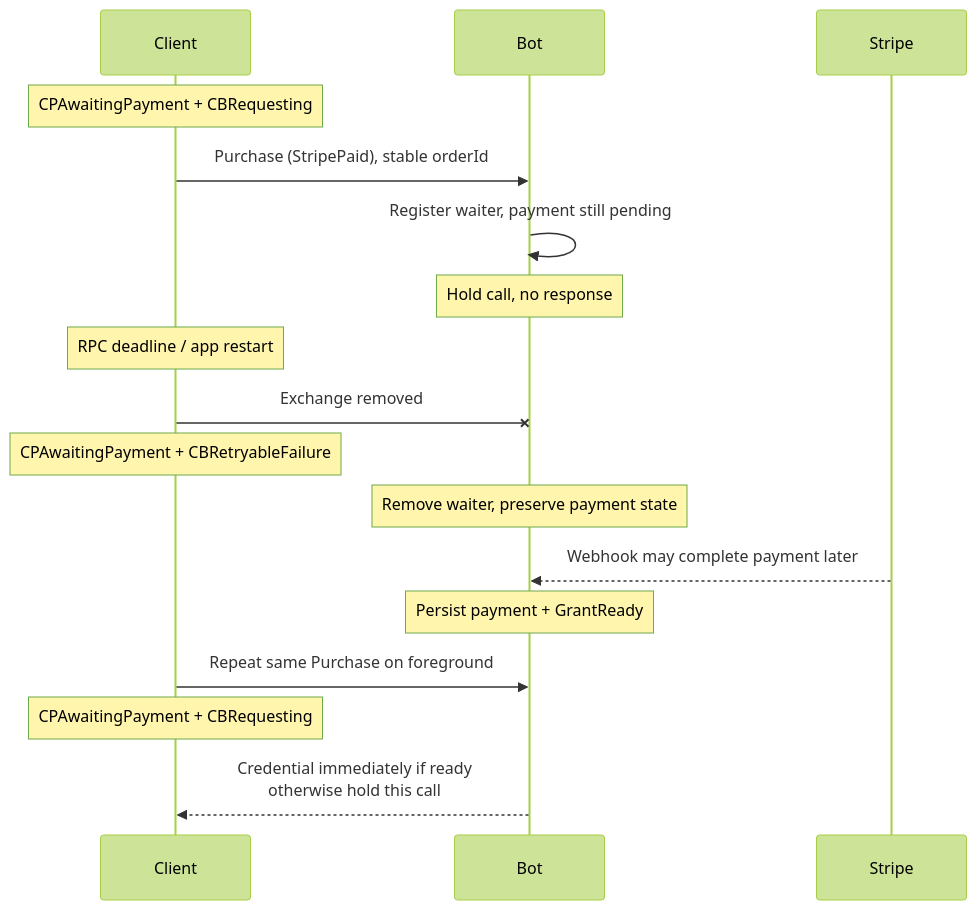
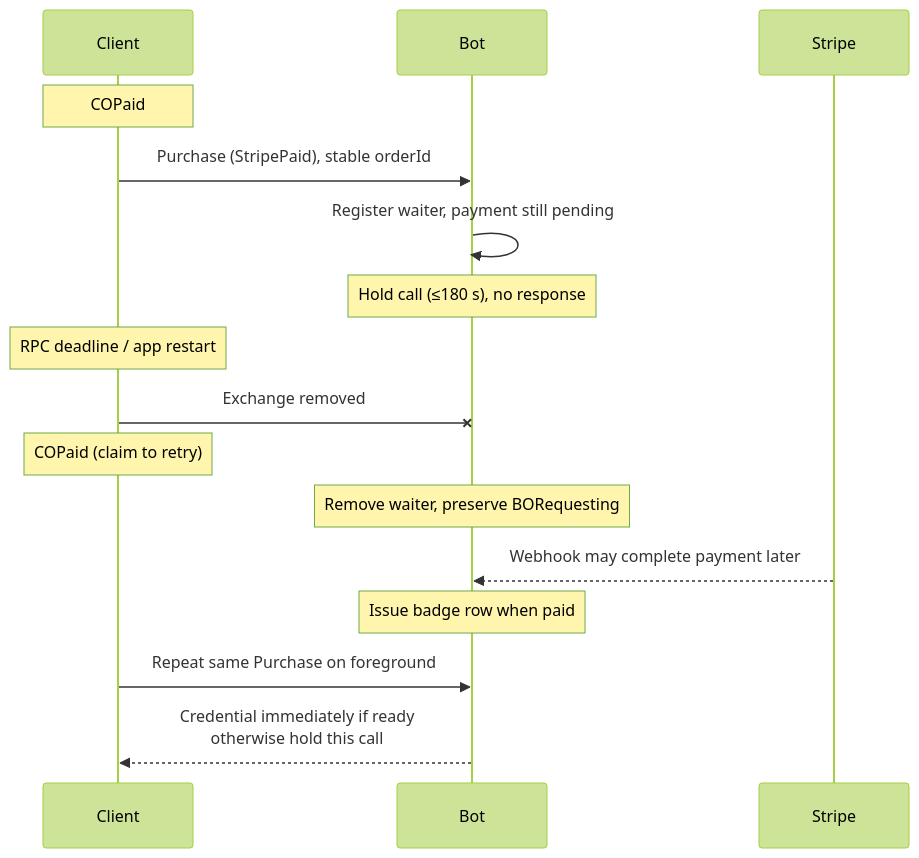
One commit to simplex-chat/simplex-chat changed the eighth of 9 diagrams in plans/2026-07-20-supporter-badges-v2-implementation.md. Above: the diagram before and after it, drawn with Mermaid (forest theme). The commit also changed other lines of this file and 4 other files, not shown here.

````diff
--- a/plans/2026-07-20-supporter-badges-v2-implementation.md
+++ b/plans/2026-07-20-supporter-badges-v2-implementation.md
@@ -630,19 +362,18 @@
 ```mermaid
 sequenceDiagram
   participant C as Client
   participant B as Bot
   participant S as Stripe
-  Note over C: CPAwaitingPayment + CBRequesting
+  Note over C: COPaid
   C->>B: Purchase (StripePaid), stable orderId
   B->>B: Register waiter, payment still pending
-  Note over B: Hold call, no response
+  Note over B: Hold call (≤180 s), no response
   Note over C: RPC deadline / app restart
   C-xB: Exchange removed
-  Note over C: CPAwaitingPayment + CBRetryableFailure
-  Note over B: Remove waiter, preserve payment state
+  Note over C: COPaid (claim to retry)
+  Note over B: Remove waiter, preserve BORequesting
   S-->>B: Webhook may complete payment later
-  Note over B: Persist payment + GrantReady
+  Note over B: Issue badge row when paid
   C->>B: Repeat same Purchase on foreground
-  Note over C: CPAwaitingPayment + CBRequesting
   B-->>C: Credential immediately if ready<br/>otherwise hold this call
 ```
````
